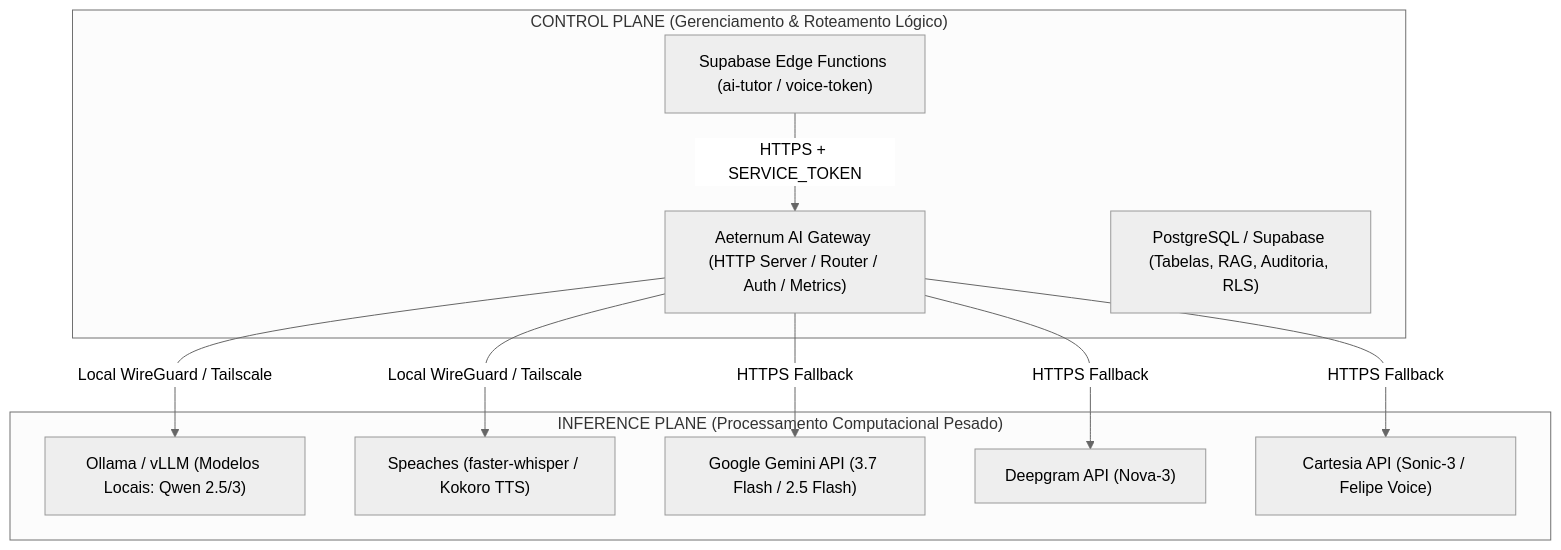
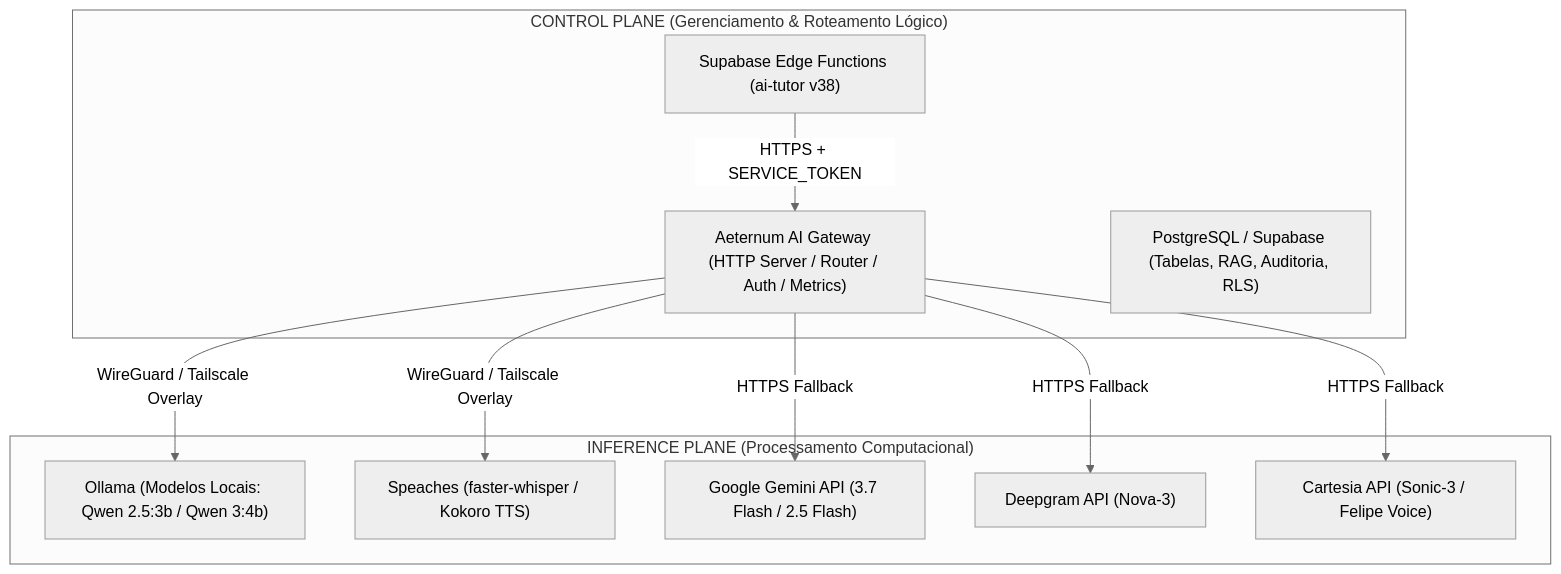
One commit to halissonzanchin/aeternum-atlas changed the diagram in docs/architecture/PHASE_3B_4_PRODUCTION_GATEWAY_ARCHITECTURE.md. Above: the diagram before and after it, drawn with Mermaid (neutral theme). The commit also changed other lines of this file and 6 other files, not shown here.

Commit message:
docs(arch): apply phase 3B.4A.1 architectural hardening refinements

````diff
--- a/docs/architecture/PHASE_3B_4_PRODUCTION_GATEWAY_ARCHITECTURE.md
+++ b/docs/architecture/PHASE_3B_4_PRODUCTION_GATEWAY_ARCHITECTURE.md
@@ -25,23 +25,23 @@
 ```mermaid
 graph TB
     subgraph Control_Plane ["CONTROL PLANE (Gerenciamento & Roteamento Lógico)"]
-        Edge["Supabase Edge Functions (ai-tutor / voice-token)"]
+        Edge["Supabase Edge Functions (ai-tutor v38)"]
         Gateway["Aeternum AI Gateway (HTTP Server / Router / Auth / Metrics)"]
         DB["PostgreSQL / Supabase (Tabelas, RAG, Auditoria, RLS)"]
     end
 
-    subgraph Inference_Plane ["INFERENCE PLANE (Processamento Computacional Pesado)"]
-        LocalLLM["Ollama / vLLM (Modelos Locais: Qwen 2.5/3)"]
+    subgraph Inference_Plane ["INFERENCE PLANE (Processamento Computacional)"]
+        LocalLLM["Ollama (Modelos Locais: Qwen 2.5:3b / Qwen 3:4b)"]
         LocalSpeech["Speaches (faster-whisper / Kokoro TTS)"]
         CloudLLM["Google Gemini API (3.7 Flash / 2.5 Flash)"]
         CloudSTT["Deepgram API (Nova-3)"]
         CloudTTS["Cartesia API (Sonic-3 / Felipe Voice)"]
     end
 
     Edge -->|HTTPS + SERVICE_TOKEN| Gateway
-    Gateway -->|Local WireGuard / Tailscale| LocalLLM
-    Gateway -->|Local WireGuard / Tailscale| LocalSpeech
+    Gateway -->|WireGuard / Tailscale Overlay| LocalLLM
+    Gateway -->|WireGuard / Tailscale Overlay| LocalSpeech
     Gateway -->|HTTPS Fallback| CloudLLM
     Gateway -->|HTTPS Fallback| CloudSTT
     Gateway -->|HTTPS Fallback| CloudTTS
 ```
````
